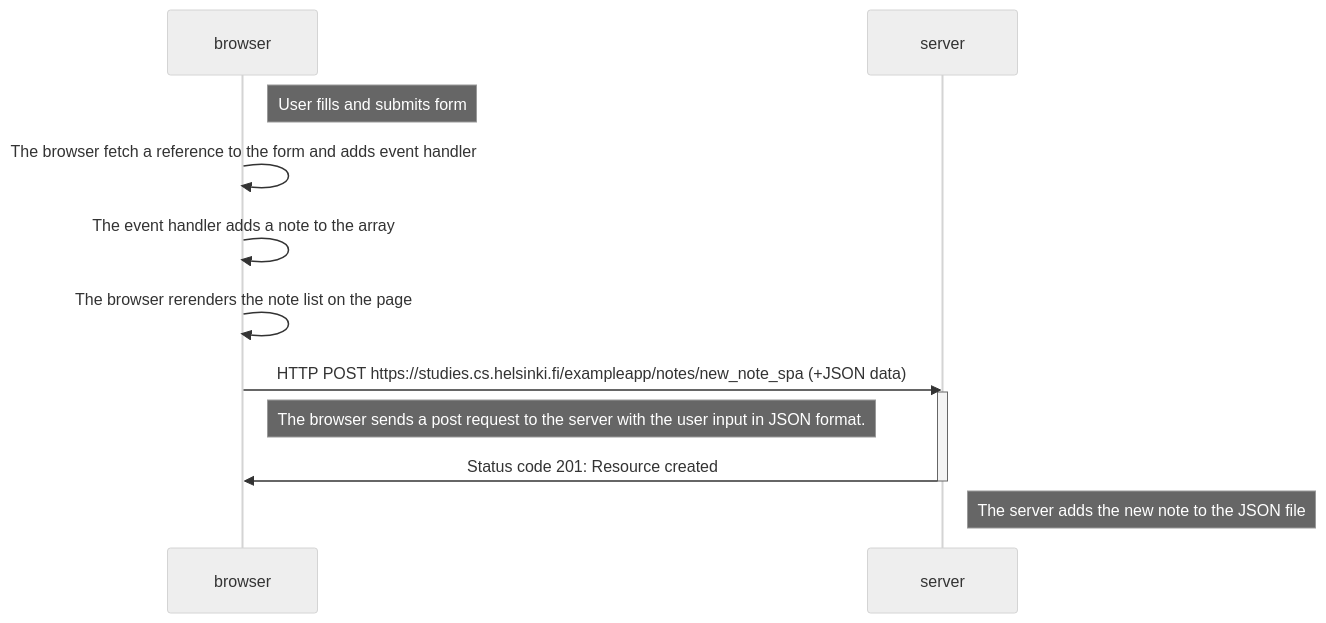
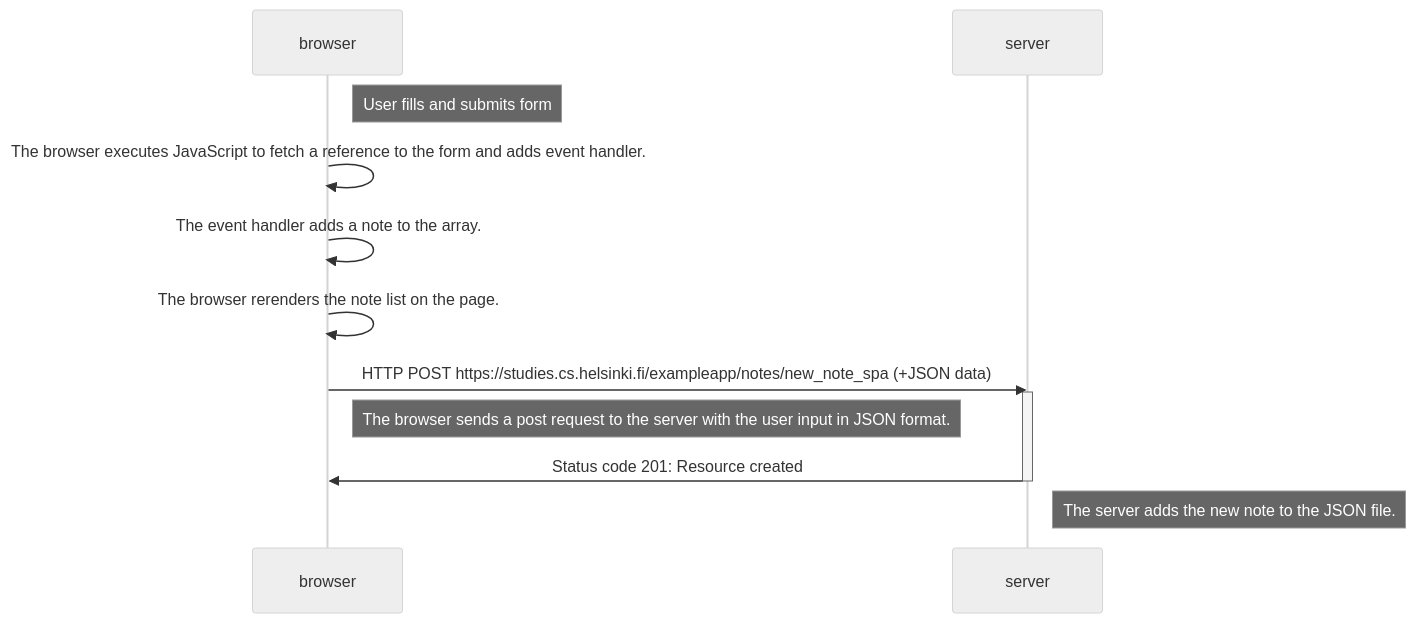
Before and after one commit to AnaRuizS/Fullstack_open: the diagram in part0/newNoteSpaDiagram/newNoteSPA.md, drawn with Mermaid (neutral theme).

Commit message:
Updated new note SPA diagram

````diff
--- a/part0/newNoteSpaDiagram/newNoteSPA.md
+++ b/part0/newNoteSpaDiagram/newNoteSPA.md
@@ -1,25 +1,25 @@
 ```mermaid
 sequenceDiagram
     participant browser
     participant server
 
     Note right of browser: User fills and submits form
 
-    browser->>browser: The browser fetch a reference to the form and adds event handler
+    browser->>browser: The browser executes JavaScript to fetch a reference to the form and adds event handler.
 
-    browser->>browser: The event handler adds a note to the array
+    browser->>browser: The event handler adds a note to the array.
 
-    browser->>browser: The browser rerenders the note list on the page
+    browser->>browser: The browser rerenders the note list on the page.
 
 
     browser->>server: HTTP POST https://studies.cs.helsinki.fi/exampleapp/notes/new_note_spa (+JSON data)
     activate server
 
     Note right of browser: The browser sends a post request to the server with the user input in JSON format. 
 
     server->>browser: Status code 201: Resource created
     deactivate server
 
-    Note right of server: The server adds the new note to the JSON file
+    Note right of server: The server adds the new note to the JSON file.
 
 ```
````
